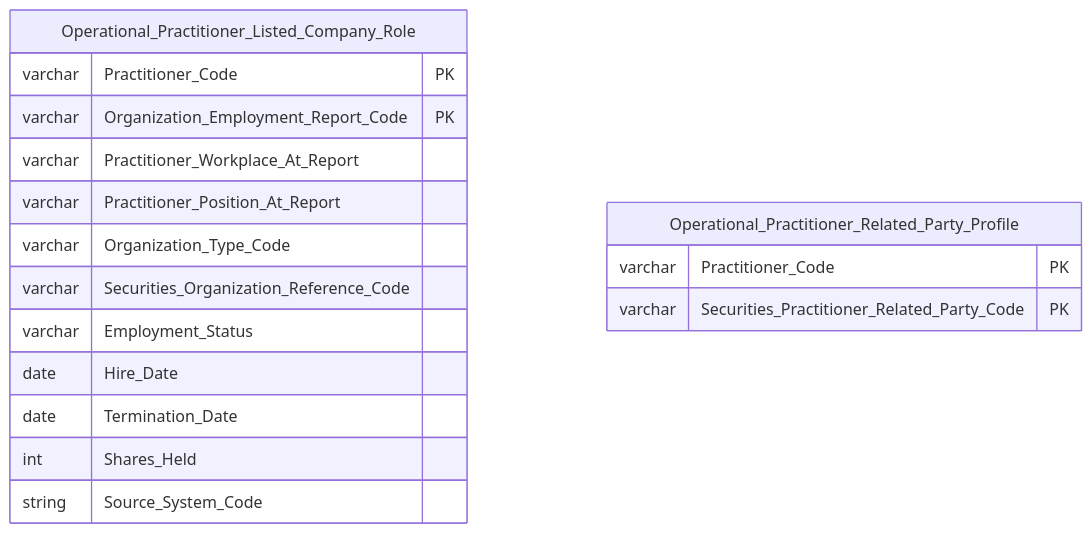
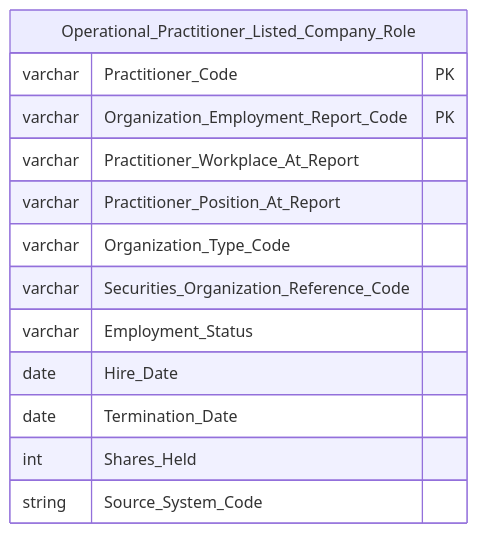
Before and after one commit to linhlvit/ubck_atomic_design: diagram 26 of 40 in Datamart/hld/DTM_NHNCK_HLD.md, drawn with Mermaid. The commit also changed other lines of this file and 60 other files, not shown here.

````diff
--- a/Datamart/hld/DTM_NHNCK_HLD.md
+++ b/Datamart/hld/DTM_NHNCK_HLD.md
@@ -1105,22 +1121,17 @@
 ```mermaid
 erDiagram
     Operational_Practitioner_Listed_Company_Role {
         varchar Practitioner_Code PK
         varchar Organization_Employment_Report_Code PK
         varchar Practitioner_Workplace_At_Report
         varchar Practitioner_Position_At_Report
         varchar Organization_Type_Code
         varchar Securities_Organization_Reference_Code
         varchar Employment_Status
         date Hire_Date
         date Termination_Date
         int Shares_Held
         string Source_System_Code
 
     }
-
-    Operational_Practitioner_Related_Party_Profile {
-        varchar Practitioner_Code PK
-        varchar Securities_Practitioner_Related_Party_Code PK
-    }
 ```
````
